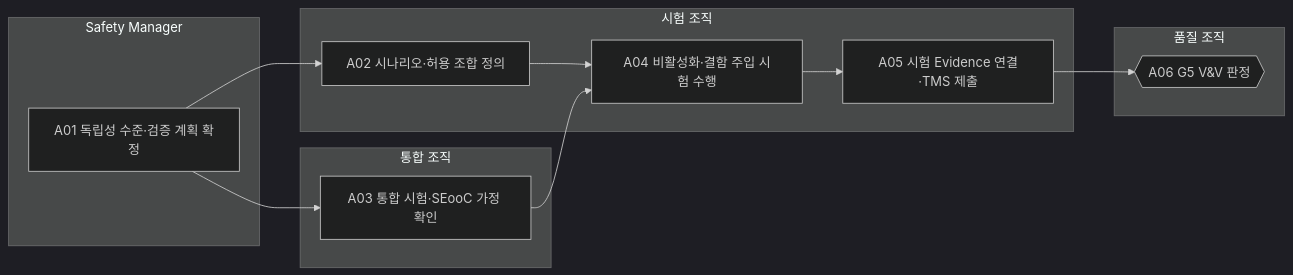
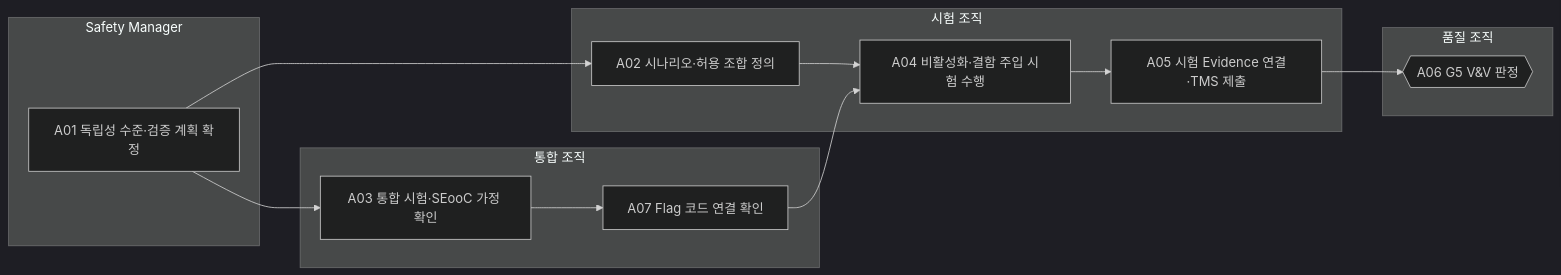
Before and after one commit to mutuuslab/feature-topology-platform: the diagram in docs/65-workflows/out/processes/FPW.5.md, drawn with Mermaid (dark theme). The commit also changed other lines of this file and 125 other files, not shown here.

````diff
--- a/docs/65-workflows/out/processes/FPW.5.md
+++ b/docs/65-workflows/out/processes/FPW.5.md
@@ -26,23 +26,25 @@
 ```mermaid
 flowchart LR
   subgraph R_SM["Safety Manager"]
     FPW_5_A01["A01 독립성 수준·검증 계획 확정"]
   end
   subgraph R_TST["시험 조직"]
     FPW_5_A02["A02 시나리오·허용 조합 정의"]
     FPW_5_A04["A04 비활성화·결함 주입 시험 수행"]
     FPW_5_A05["A05 시험 Evidence 연결·TMS 제출"]
   end
   subgraph R_INT["통합 조직"]
     FPW_5_A03["A03 통합 시험·SEooC 가정 확인"]
+    FPW_5_A07["A07 Flag 코드 연결 확인"]
   end
   subgraph R_QA["품질 조직"]
     FPW_5_A06{{"A06 G5 V&V 판정"}}
   end
   FPW_5_A01 --> FPW_5_A02
   FPW_5_A01 --> FPW_5_A03
   FPW_5_A02 --> FPW_5_A04
-  FPW_5_A03 --> FPW_5_A04
+  FPW_5_A03 --> FPW_5_A07
   FPW_5_A04 --> FPW_5_A05
+  FPW_5_A07 --> FPW_5_A04
   FPW_5_A05 --> FPW_5_A06
 ```
````
